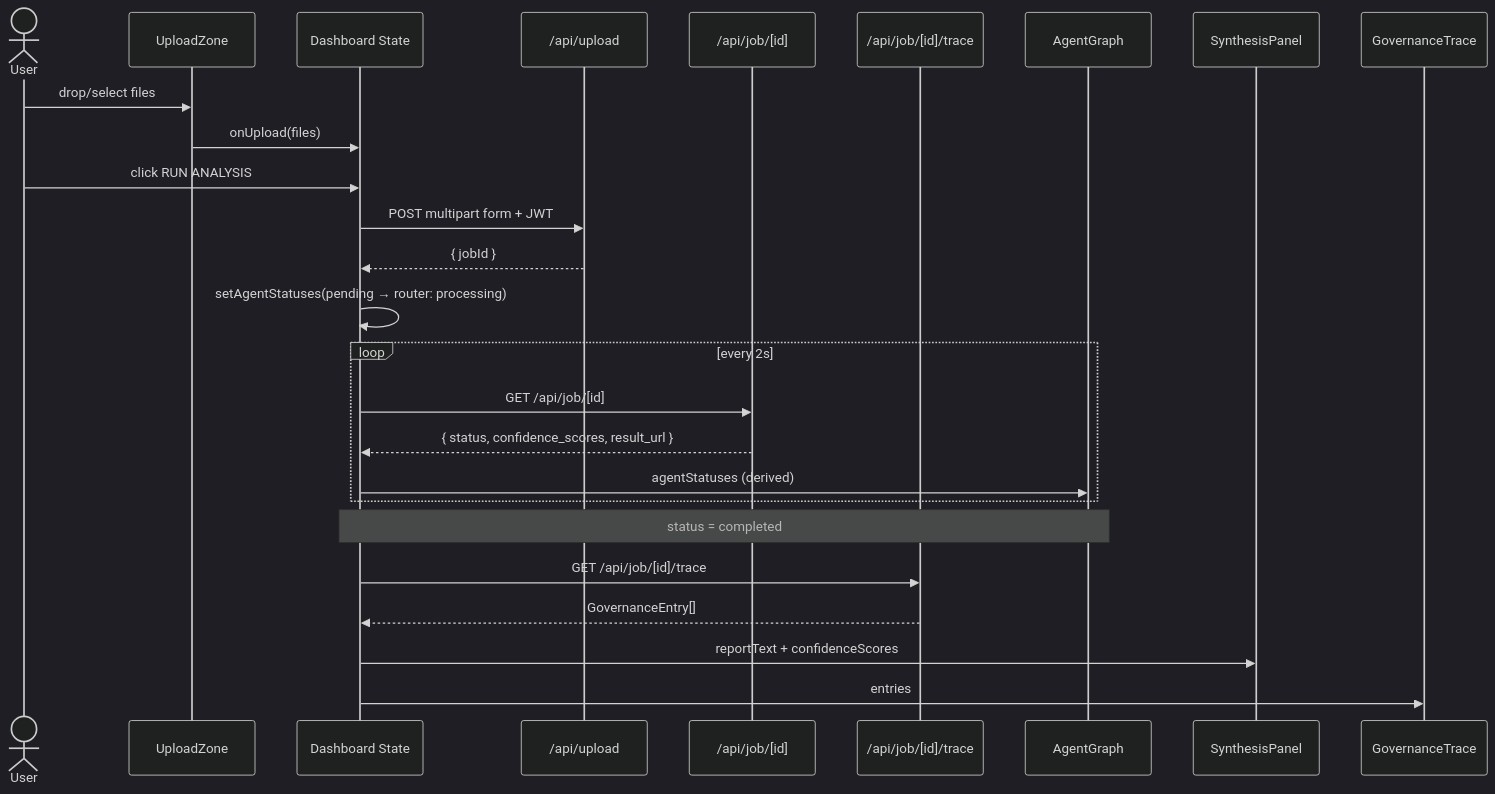
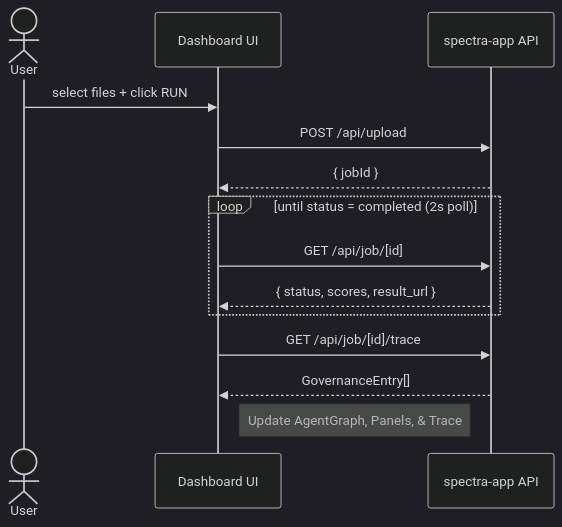
The sixth of 6 diagrams in docs/ARCHITECTURE_FLOWS.md (GeorgianaAI/spectra-ai), drawn with Mermaid (dark theme) before and after one commit. The commit also changed other lines of this file, not shown here.

Commit message:
chore: update layout for diagram JWT Auth + Middleware Guard Flow

````diff
--- a/docs/ARCHITECTURE_FLOWS.md
+++ b/docs/ARCHITECTURE_FLOWS.md
@@ -271,29 +277,19 @@
 ```mermaid
 sequenceDiagram
     actor U as User
-    participant UZ as UploadZone
-    participant DB as Dashboard State
-    participant API as /api/upload
-    participant POLL as /api/job/[id]
-    participant TRACE as /api/job/[id]/trace
-    participant AG as AgentGraph
-    participant SP as SynthesisPanel
-    participant GT as GovernanceTrace
+    participant UI as Dashboard UI
+    participant API as spectra-app API
 
-    U->>UZ: drop/select files
-    UZ->>DB: onUpload(files)
-    U->>DB: click RUN ANALYSIS
-    DB->>API: POST multipart form + JWT
-    API-->>DB: { jobId }
-    DB->>DB: setAgentStatuses(pending → router: processing)
-    loop every 2s
-        DB->>POLL: GET /api/job/[id]
-        POLL-->>DB: { status, confidence_scores, result_url }
-        DB->>AG: agentStatuses (derived)
+    U->>UI: select files + click RUN
+    UI->>API: POST /api/upload
+    API-->>UI: { jobId }
+    
+    loop until status = completed (2s poll)
+        UI->>API: GET /api/job/[id]
+        API-->>UI: { status, scores, result_url }
     end
-    Note over DB,AG: status = completed
-    DB->>TRACE: GET /api/job/[id]/trace
-    TRACE-->>DB: GovernanceEntry[]
-    DB->>SP: reportText + confidenceScores
-    DB->>GT: entries
+    
+    UI->>API: GET /api/job/[id]/trace
+    API-->>UI: GovernanceEntry[]
+    Note right of UI: Update AgentGraph, Panels, & Trace
 ```
````
